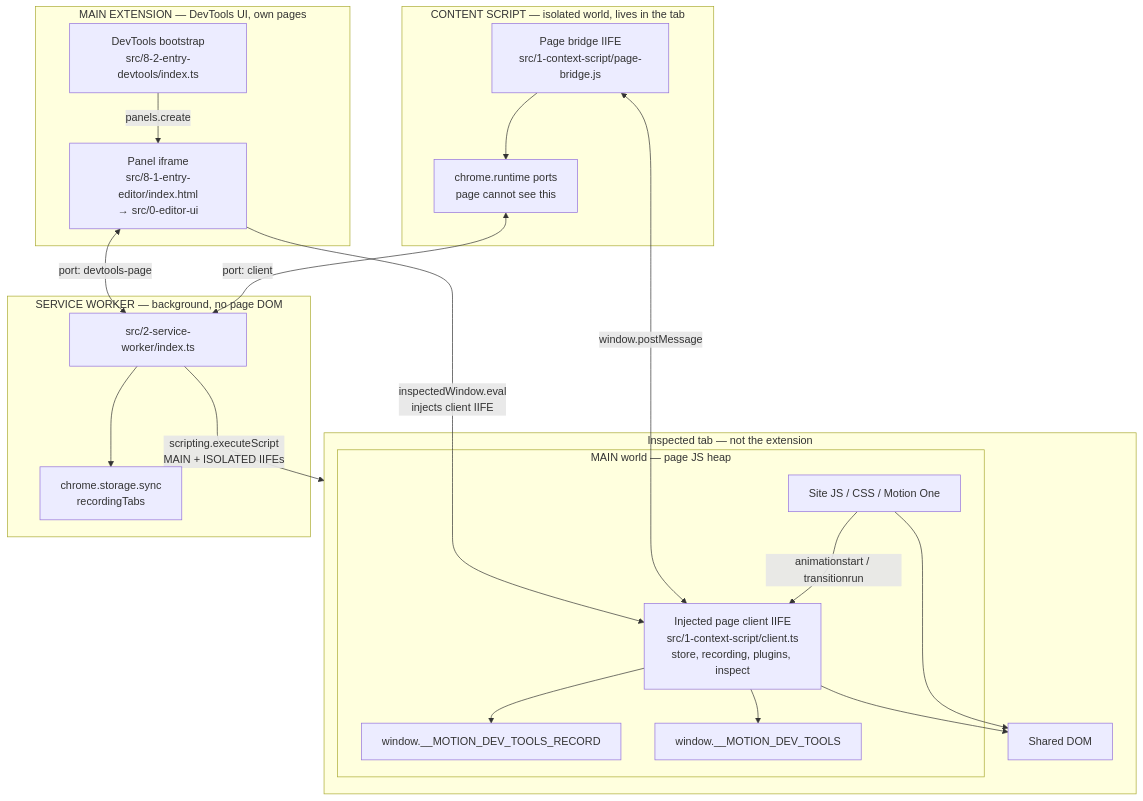
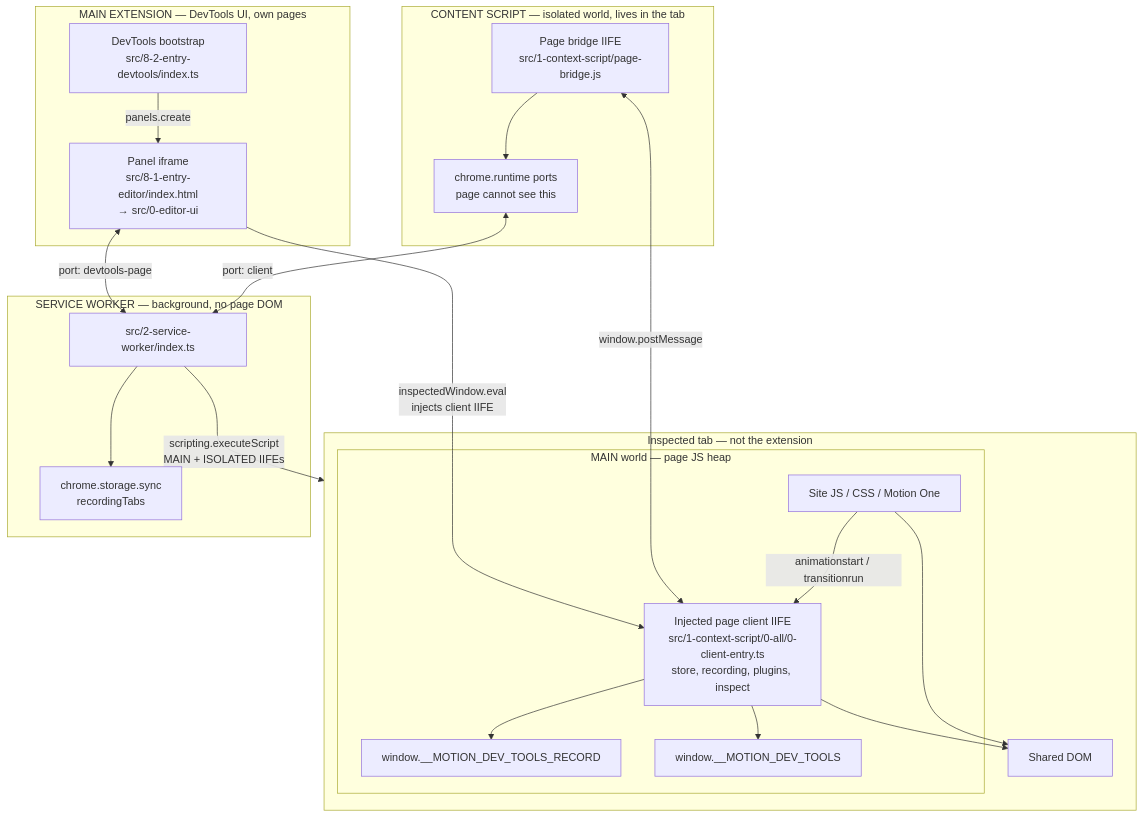
One commit to maxzz/transitions-chrome changed the first of 3 diagrams in assets/docs/2026.09.12.26, 2, extension_worlds.md. Above: the diagram before and after it, drawn with Mermaid. The commit also changed other lines of this file and 6 other files, not shown here.

````diff
--- a/assets/docs/2026.09.12.26, 2, extension_worlds.md
+++ b/assets/docs/2026.09.12.26, 2, extension_worlds.md
@@ -9,41 +9,41 @@
 ```mermaid
 flowchart TB
   subgraph InspectedTab["Inspected tab — not the extension"]
     subgraph MainWorld["MAIN world — page JS heap"]
       SiteJS["Site JS / CSS / Motion One"]
-      Client["Injected page client IIFE<br/>src/1-context-script/client.ts<br/>store, recording, plugins, inspect"]
+      Client["Injected page client IIFE<br/>src/1-context-script/0-all/0-client-entry.ts<br/>store, recording, plugins, inspect"]
       Hook["window.__MOTION_DEV_TOOLS_RECORD"]
       Flags["window.__MOTION_DEV_TOOLS"]
       SiteJS -->|"animationstart / transitionrun"| Client
       Client --> Hook
       Client --> Flags
     end
     DOM["Shared DOM"]
     SiteJS --> DOM
     Client --> DOM
   end
 
   subgraph ContentScript["CONTENT SCRIPT — isolated world, lives in the tab"]
     Bridge["Page bridge IIFE<br/>src/1-context-script/page-bridge.js"]
     IsolatedChrome["chrome.runtime ports<br/>page cannot see this"]
     Bridge --> IsolatedChrome
   end
 
   subgraph ServiceWorker["SERVICE WORKER — background, no page DOM"]
     SW["src/2-service-worker/index.ts"]
     Storage["chrome.storage.sync<br/>recordingTabs"]
     SW --> Storage
   end
 
   subgraph MainExtension["MAIN EXTENSION — DevTools UI, own pages"]
     DT["DevTools bootstrap<br/>src/8-2-entry-devtools/index.ts"]
     Editor["Panel iframe<br/>src/8-1-entry-editor/index.html<br/>→ src/0-editor-ui"]
     DT -->|"panels.create"| Editor
   end
 
   Bridge <-->|"window.postMessage"| Client
   IsolatedChrome <-->|"port: client"| SW
   Editor <-->|"port: devtools-page"| SW
   Editor -->|"inspectedWindow.eval<br/>injects client IIFE"| Client
   SW -->|"scripting.executeScript<br/>MAIN + ISOLATED IIFEs"| InspectedTab
 ```
````
